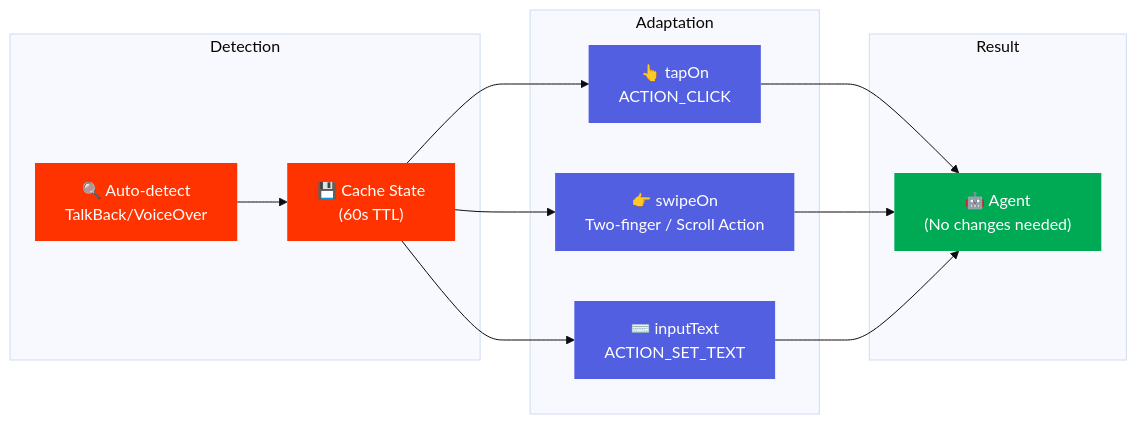
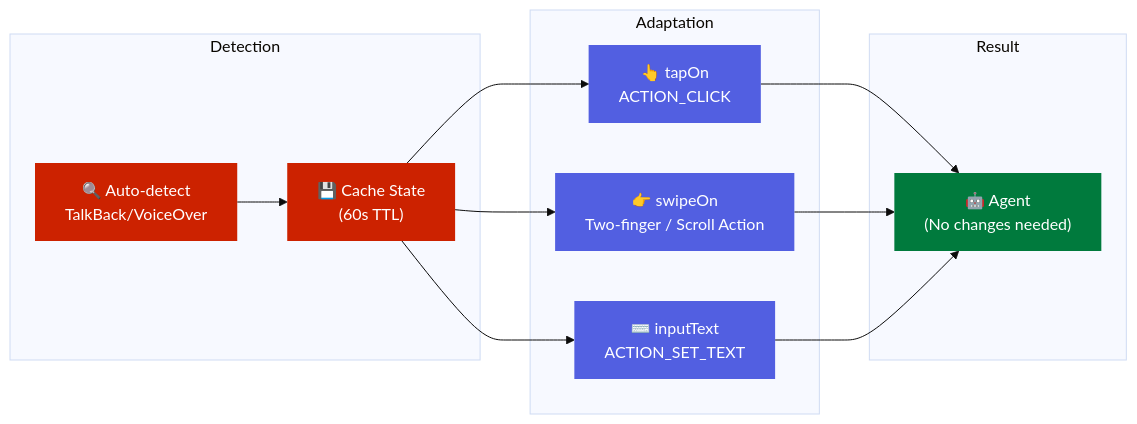
One commit to zillow/auto-mobile changed the diagram in docs/design-docs/mcp/a11y/index.md. Above: the diagram before and after it, drawn with Mermaid (base theme). The commit also changed 9 other files, not shown here.

First line of the commit message:
fix(docs): improve mermaid chart contrast for day theme WCAG AA compliance (#1325)

````diff
--- a/docs/design-docs/mcp/a11y/index.md
+++ b/docs/design-docs/mcp/a11y/index.md
@@ -5,33 +5,33 @@
 ```mermaid
 flowchart LR
     subgraph Detection
         Auto["🔍 Auto-detect<br/>TalkBack/VoiceOver"]
         Cache["💾 Cache State<br/>(60s TTL)"]
     end
 
     subgraph Adaptation
         Tap["👆 tapOn<br/>ACTION_CLICK"]
         Scroll["👉 swipeOn<br/>Two-finger / Scroll Action"]
         Input["⌨️ inputText<br/>ACTION_SET_TEXT"]
     end
 
     subgraph Result
         Agent["🤖 Agent<br/>(No changes needed)"]
     end
 
     Auto --> Cache
     Cache --> Tap
     Cache --> Scroll
     Cache --> Input
     Tap --> Agent
     Scroll --> Agent
     Input --> Agent
 
-    classDef detect fill:#FF3300,stroke-width:0px,color:white;
+    classDef detect fill:#CC2200,stroke-width:0px,color:white;
     classDef adapt fill:#525FE1,stroke-width:0px,color:white;
-    classDef result fill:#00AA55,stroke-width:0px,color:white;
+    classDef result fill:#007A3D,stroke-width:0px,color:white;
 
     class Auto,Cache detect;
     class Tap,Scroll,Input adapt;
     class Agent result;
 ```
````
